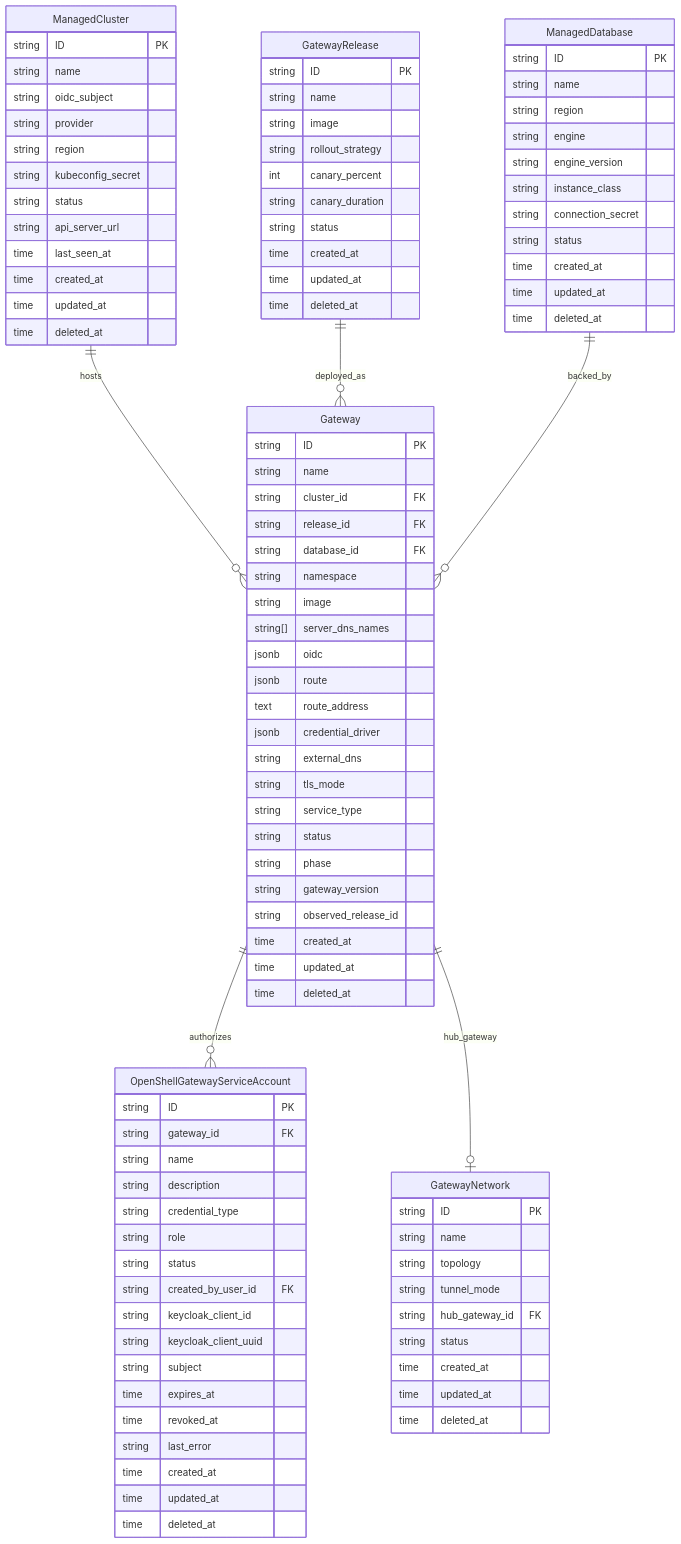
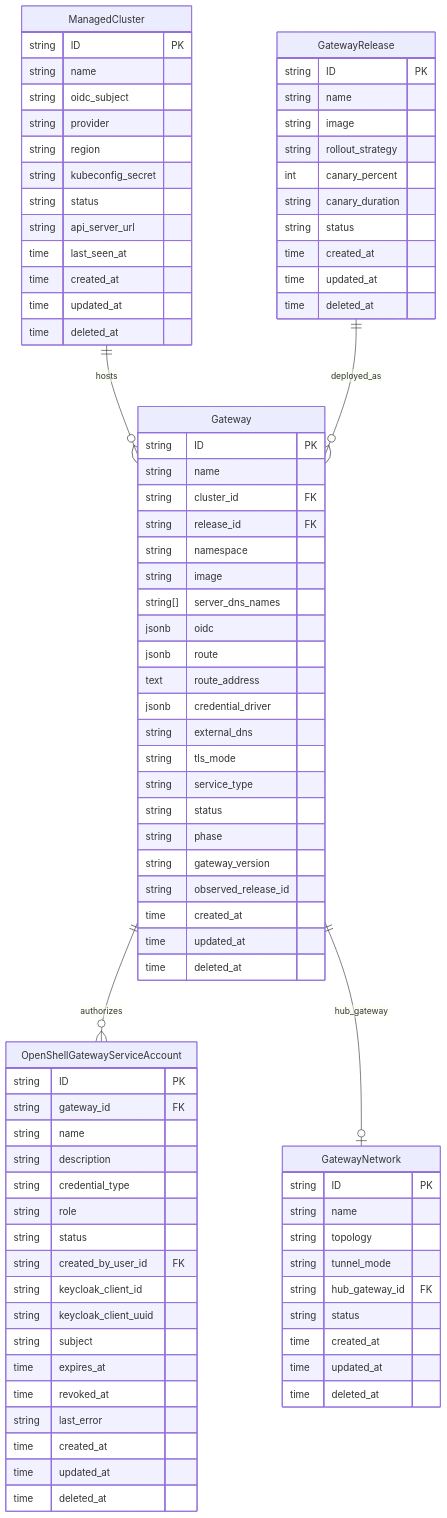
Before and after one commit to jonmosco/hypershell: the diagram in specs/platform/data-model.spec.md, drawn with Mermaid. The commit also changed other lines of this file and 224 other files, not shown here.

````diff
--- a/specs/platform/data-model.spec.md
+++ b/specs/platform/data-model.spec.md
@@ -33,20 +32,6 @@
         string status
         string api_server_url
         time last_seen_at
-        time created_at
-        time updated_at
-        time deleted_at
-    }
-
-    ManagedDatabase {
-        string ID PK
-        string name
-        string region
-        string engine
-        string engine_version
-        string instance_class
-        string connection_secret
-        string status
         time created_at
         time updated_at
         time deleted_at
@@ -70,7 +55,6 @@
         string name
         string cluster_id FK
         string release_id FK
-        string database_id FK
         string namespace
         string image
         string[] server_dns_names
@@ -124,7 +108,6 @@
 
     ManagedCluster ||--o{ Gateway : "hosts"
     GatewayRelease ||--o{ Gateway : "deployed_as"
-    ManagedDatabase ||--o{ Gateway : "backed_by"
     Gateway ||--o{ OpenShellGatewayServiceAccount : "authorizes"
     Gateway ||--o| GatewayNetwork : "hub_gateway"
 ```
````
